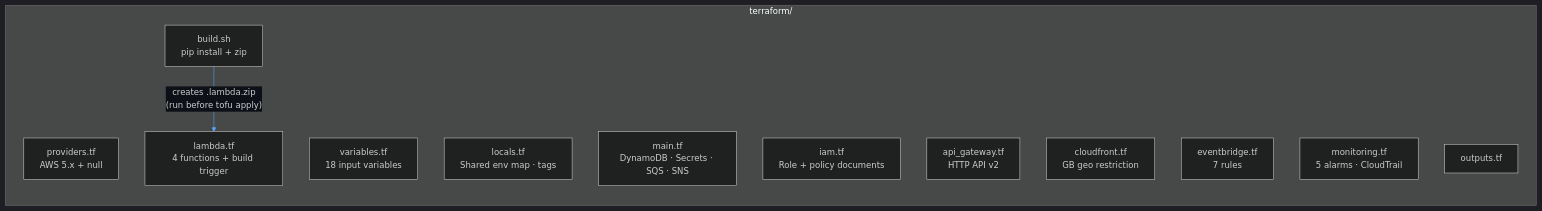
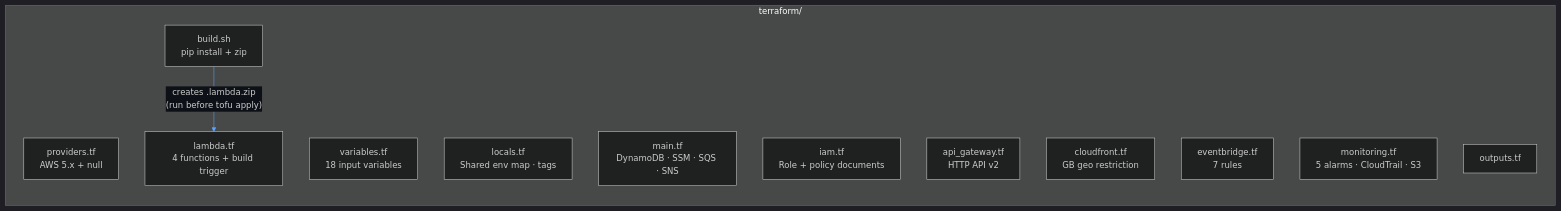
One commit to baldrickuk/washingmachine-notifications changed diagram 12 of 12 in docs/architecture.md. Above: the diagram before and after it, drawn with Mermaid. The commit also changed other lines of this file, not shown here.

First line of the commit message:
docs: update architecture diagram and docs to include S3 and reflect SSM migration

````diff
--- a/docs/architecture.md
+++ b/docs/architecture.md
@@ -507,21 +515,21 @@
 ```mermaid
 %%{init: {'theme': 'dark', 'themeVariables': {'primaryColor': '#1e3a5f', 'primaryTextColor': '#c9d1d9', 'primaryBorderColor': '#4a7ab5', 'lineColor': '#58a6ff', 'edgeLabelBackground': '#0d1117'}}}%%
 
 flowchart LR
     subgraph tf ["terraform/"]
         P["providers.tf\nAWS 5.x + null"]
         V["variables.tf\n18 input variables"]
         L["locals.tf\nShared env map · tags"]
-        M["main.tf\nDynamoDB · Secrets · SQS · SNS"]
+        M["main.tf\nDynamoDB · SSM · SQS · SNS"]
         I["iam.tf\nRole + policy documents"]
         LM["lambda.tf\n4 functions + build trigger"]
         A["api_gateway.tf\nHTTP API v2"]
         C["cloudfront.tf\nGB geo restriction"]
         E["eventbridge.tf\n7 rules"]
-        MO["monitoring.tf\n5 alarms · CloudTrail"]
+        MO["monitoring.tf\n5 alarms · CloudTrail · S3"]
         O["outputs.tf"]
         B["build.sh\npip install + zip"]
     end
 
     B -->|"creates .lambda.zip\n(run before tofu apply)"| LM
 ```
````
